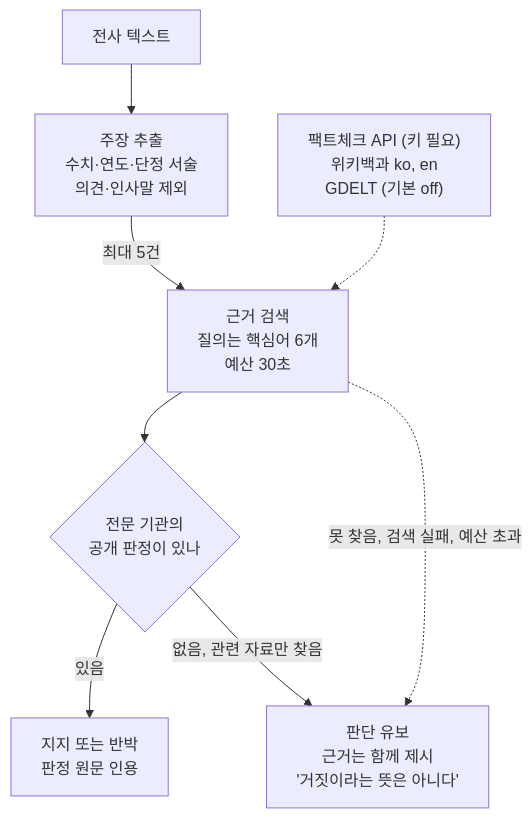
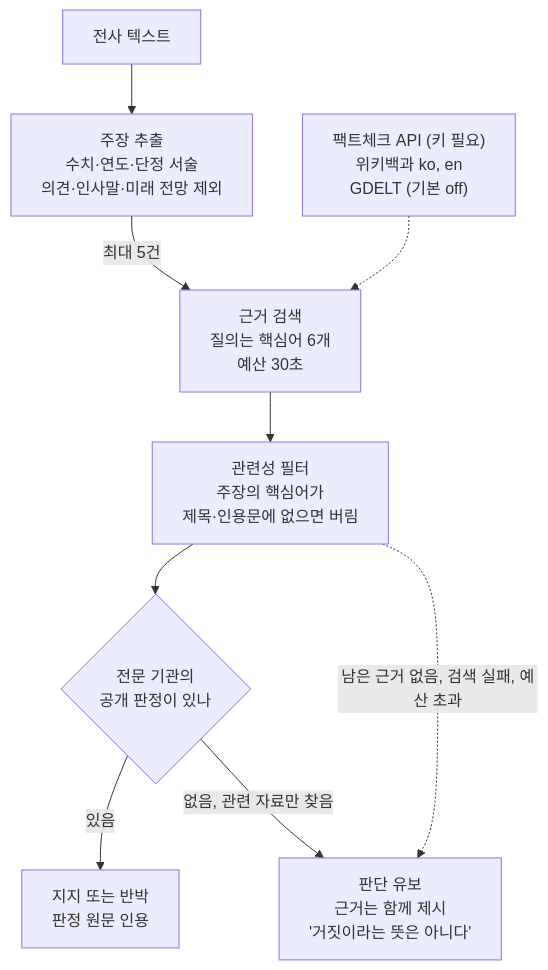
One commit to Dynamic-Juo/be changed the fourth of 5 diagrams in docs/pipeline.md. Above: the diagram before and after it, drawn with Mermaid. The commit also changed other lines of this file and 2 other files, not shown here.

Commit message:
fix: 무관한 검색 결과를 근거로 제시하지 않도록 관련성 필터 추가
한국어 뉴스 영상으로 실제 분석을 돌려보고 찾은 문제다. 물가 상승률 주장에
"주기율표", "미국", "동일본 대진재"가 근거로 딸려 나왔다. 검색 엔진은 질의어가
애매하면 아무 문서나 돌려주는데, 그걸 그대로 근거라고 보여주면 사실상 거짓
근거를 만드는 셈이고 "하지 않은 판단을 하지 않는다"는 원칙에도 어긋난다.

- 관련성 필터: 주장의 핵심어가 근거의 제목이나 인용문에 하나도 없으면 버린다.
  전문 기관 판정은 그 자체가 이 주장을 검증한 결과이므로 통과시킨다.
  남는 근거가 없으면 "근거를 찾지 못했다"고 말한다.
- 미래 전망 제외: "조만간 7%도 넘어설 것으로 보입니다"처럼 아직 일어나지 않은
  일은 어떤 근거로도 판정할 수 없어 애초에 주장으로 뽑지 않는다.
- 검색어 생성과 관련성 판정이 같은 핵심어 추출(_key_tokens)을 공유하도록 정리.

검증(같은 한국어 뉴스 영상, 개선 전 → 후):
- 추출된 주장 2건 → 1건 (미래 전망 제외)
- 근거 4건 → 1건, 명백히 무관하던 3건이 사라짐
- pytest 78개 통과 (관련성·전망 필터 회귀 테스트 6개 추가)

docs/pipeline.md의 주장 검증 흐름도에도 두 필터를 반영했다.

````diff
--- a/docs/pipeline.md
+++ b/docs/pipeline.md
@@ -159,10 +159,11 @@
 ```mermaid
 flowchart TD
-    TEXT["전사 텍스트"] --> EXTRACT["주장 추출<br/>수치·연도·단정 서술<br/>의견·인사말 제외"]
+    TEXT["전사 텍스트"] --> EXTRACT["주장 추출<br/>수치·연도·단정 서술<br/>의견·인사말·미래 전망 제외"]
     EXTRACT -->|"최대 5건"| SEARCH["근거 검색<br/>질의는 핵심어 6개<br/>예산 30초"]
     PROVIDERS["팩트체크 API (키 필요)<br/>위키백과 ko, en<br/>GDELT (기본 off)"] -.-> SEARCH
-    SEARCH --> Q{"전문 기관의<br/>공개 판정이 있나"}
+    SEARCH --> FILTER["관련성 필터<br/>주장의 핵심어가<br/>제목·인용문에 없으면 버림"]
+    FILTER --> Q{"전문 기관의<br/>공개 판정이 있나"}
     Q -->|"있음"| VERDICT["지지 또는 반박<br/>판정 원문 인용"]
     Q -->|"없음, 관련 자료만 찾음"| HOLD
-    SEARCH -.->|"못 찾음, 검색 실패, 예산 초과"| HOLD["판단 유보<br/>근거는 함께 제시<br/>'거짓이라는 뜻은 아니다'"]
+    FILTER -.->|"남은 근거 없음, 검색 실패, 예산 초과"| HOLD["판단 유보<br/>근거는 함께 제시<br/>'거짓이라는 뜻은 아니다'"]
 ```
````
